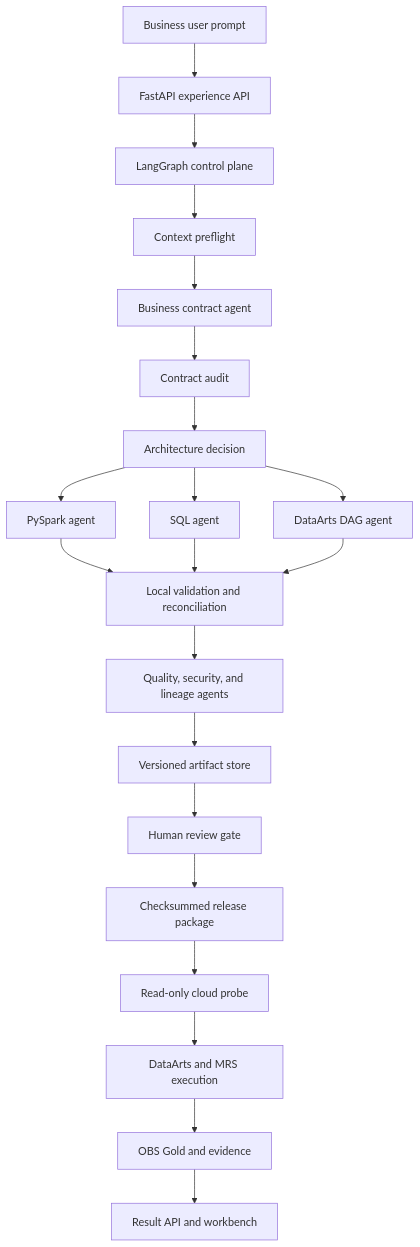
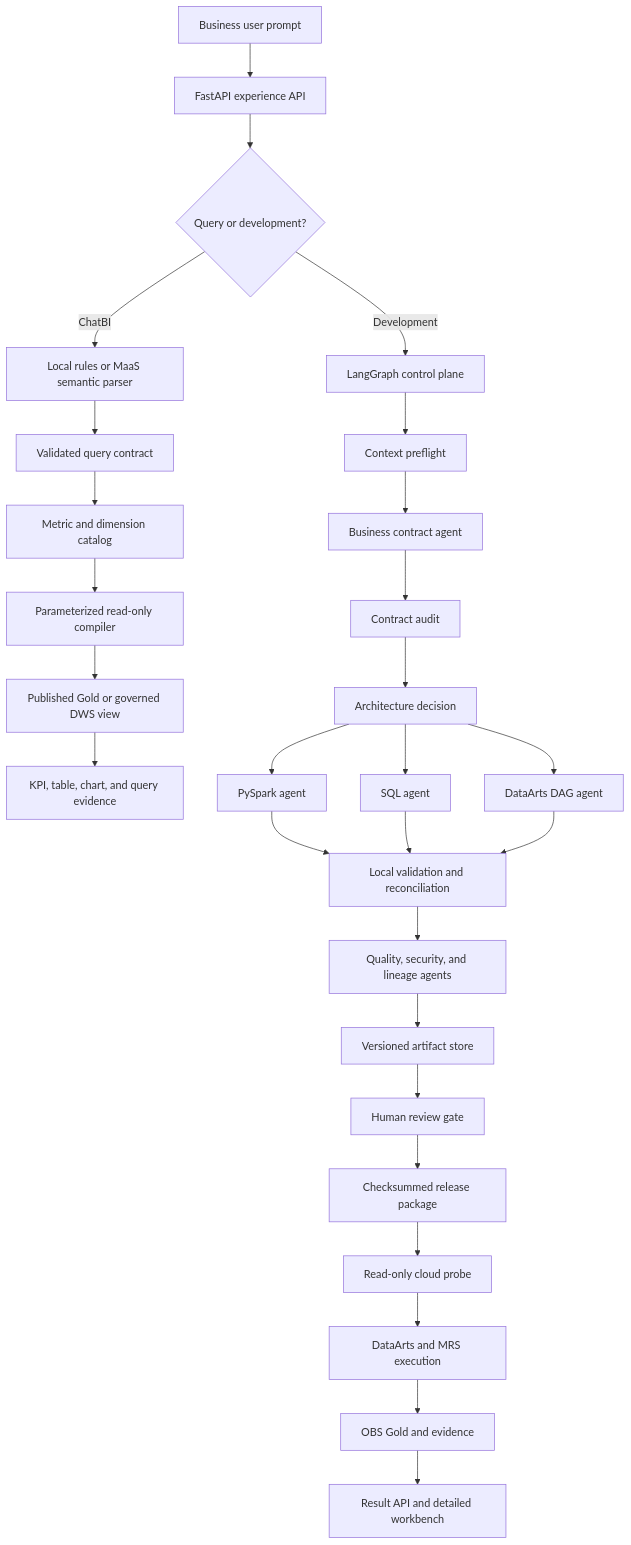
The diagram in Multi-agent Bigdata Demo/references/architecture.md (geni-112/AI-Practise), drawn with Mermaid before and after one commit. The commit also changed other lines of this file and 9 other files, not shown here.

````diff
--- a/Multi-agent Bigdata Demo/references/architecture.md
+++ b/Multi-agent Bigdata Demo/references/architecture.md
@@ -57,23 +64,30 @@
 ```mermaid
 flowchart TD
     U["Business user prompt"] --> API["FastAPI experience API"]
-    API --> LG["LangGraph control plane"]
+    API --> ROUTE{"Query or development?"}
+    ROUTE -->|ChatBI| SEM["Local rules or MaaS semantic parser"]
+    SEM --> QC["Validated query contract"]
+    QC --> CATALOG["Metric and dimension catalog"]
+    CATALOG --> SAFE["Parameterized read-only compiler"]
+    SAFE --> SERVE["Published Gold or governed DWS view"]
+    SERVE --> RESULT["KPI, table, chart, and query evidence"]
+    ROUTE -->|Development| LG["LangGraph control plane"]
     LG --> CTX["Context preflight"]
     CTX --> BC["Business contract agent"]
     BC --> AUDIT["Contract audit"]
     AUDIT --> ARCH["Architecture decision"]
     ARCH --> PY["PySpark agent"]
     ARCH --> SQL["SQL agent"]
     ARCH --> DAG["DataArts DAG agent"]
     PY --> LOCAL["Local validation and reconciliation"]
     SQL --> LOCAL
     DAG --> LOCAL
     LOCAL --> GOV["Quality, security, and lineage agents"]
     GOV --> STORE["Versioned artifact store"]
     STORE --> REVIEW["Human review gate"]
     REVIEW --> RELEASE["Checksummed release package"]
     RELEASE --> PROBE["Read-only cloud probe"]
     PROBE --> EXEC["DataArts and MRS execution"]
     EXEC --> OBS["OBS Gold and evidence"]
-    OBS --> RESULT["Result API and workbench"]
+    OBS --> WORKBENCH["Result API and detailed workbench"]
 ```
````
